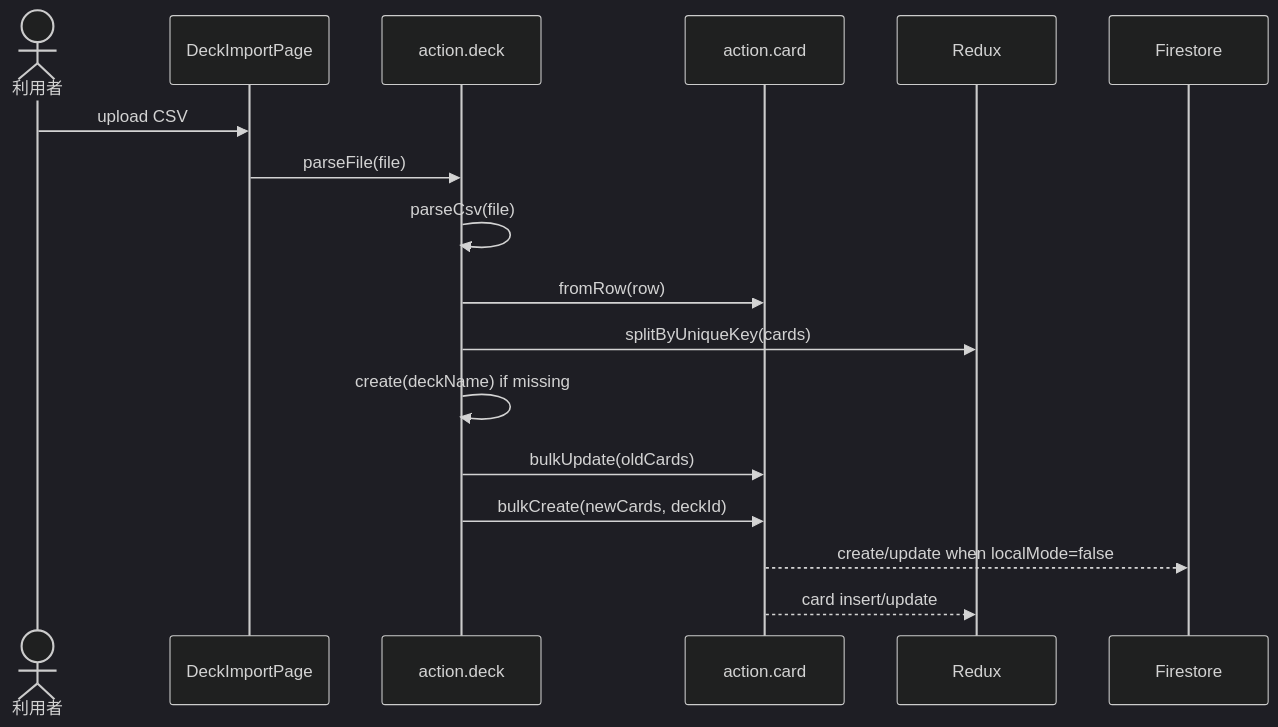
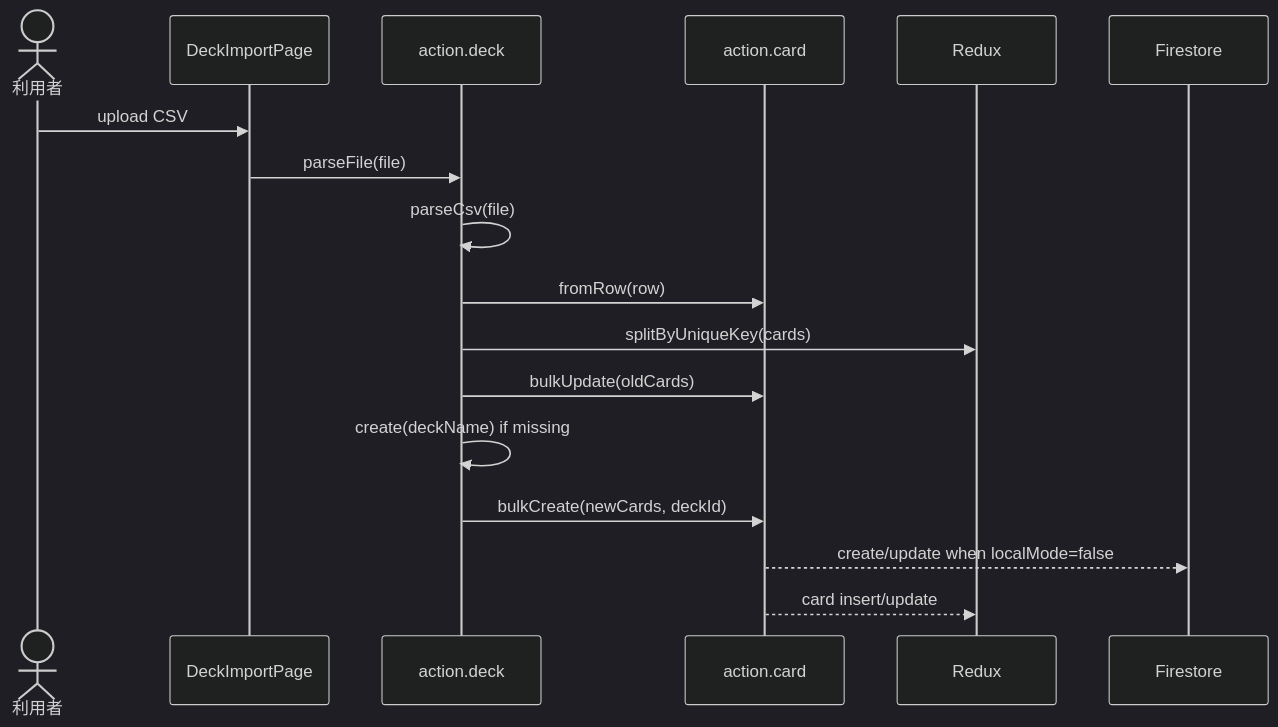
One commit to her0e1c1/tango changed the second of 4 diagrams in docs/summary/use-cases.md. Above: the diagram before and after it, drawn with Mermaid (dark theme). The commit also changed other lines of this file and 1 other file, not shown here.

````diff
--- a/docs/summary/use-cases.md
+++ b/docs/summary/use-cases.md
@@ -43,20 +43,20 @@
 ```mermaid
 sequenceDiagram
     actor User as 利用者
     participant Page as DeckImportPage
     participant Deck as action.deck
     participant Card as action.card
     participant Store as Redux
     participant FS as Firestore
 
     User->>Page: upload CSV
     Page->>Deck: parseFile(file)
     Deck->>Deck: parseCsv(file)
     Deck->>Card: fromRow(row)
     Deck->>Store: splitByUniqueKey(cards)
+    Deck->>Card: bulkUpdate(oldCards)
     Deck->>Deck: create(deckName) if missing
-    Deck->>Card: bulkUpdate(oldCards)
     Deck->>Card: bulkCreate(newCards, deckId)
     Card-->>FS: create/update when localMode=false
     Card-->>Store: card insert/update
 ```
````
